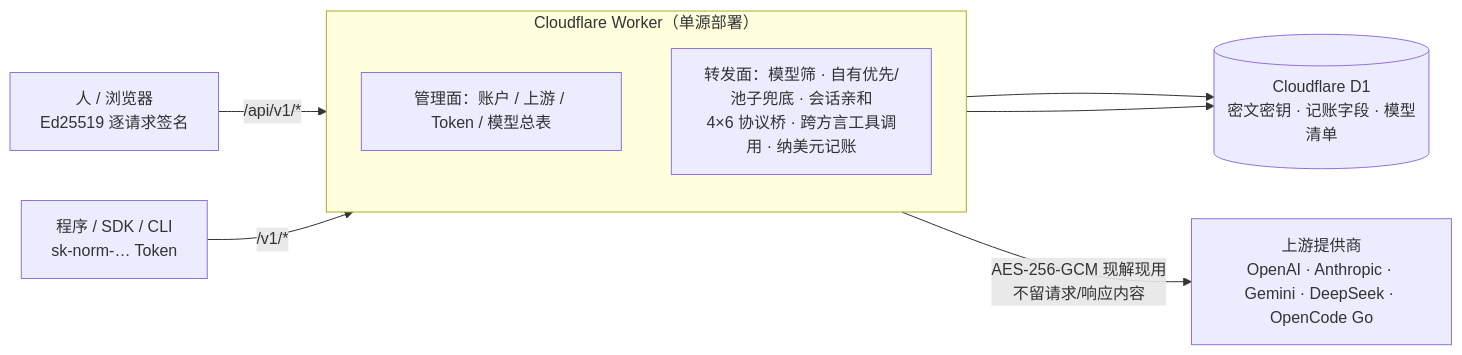
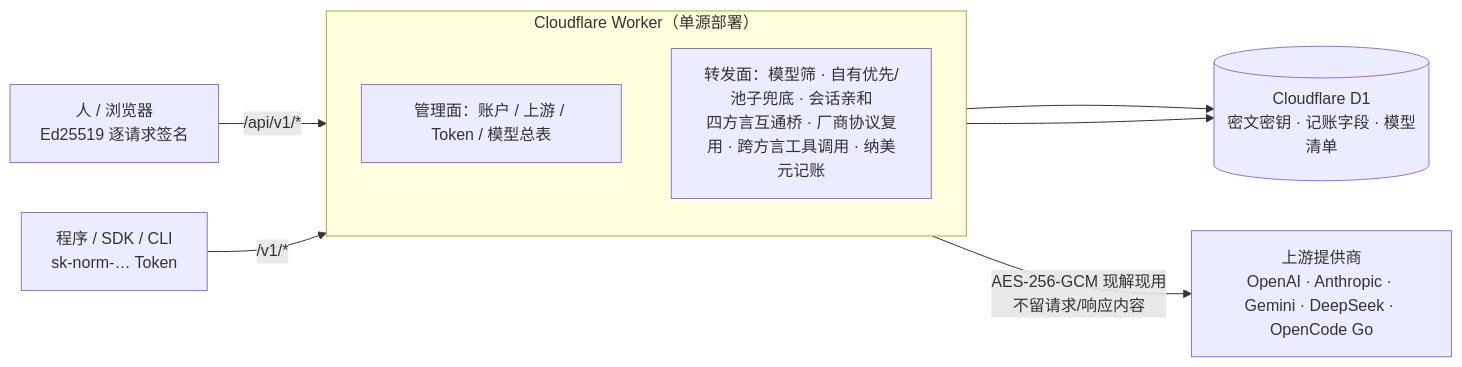
Before and after one commit to No-Trade-No-Life/norm: the diagram in README.md, drawn with Mermaid. The commit also changed other lines of this file and 15 other files, not shown here.

````diff
--- a/README.md
+++ b/README.md
@@ -20,13 +20,13 @@
 ```mermaid
 flowchart LR
   User["人 / 浏览器<br/>Ed25519 逐请求签名"] -->|"/api/v1/*"| Admin
   SDK["程序 / SDK / CLI<br/>sk-norm-… Token"] -->|"/v1/*"| Relay
   subgraph Worker["Cloudflare Worker（单源部署）"]
     direction TB
     Admin["管理面：账户 / 上游 / Token / 模型总表"]
-    Relay["转发面：模型筛 · 自有优先/池子兜底 · 会话亲和<br/>4×6 协议桥 · 跨方言工具调用 · 纳美元记账"]
+    Relay["转发面：模型筛 · 自有优先/池子兜底 · 会话亲和<br/>四方言互通桥 · 厂商协议复用 · 跨方言工具调用 · 纳美元记账"]
   end
   Admin --> D1[("Cloudflare D1<br/>密文密钥 · 记账字段 · 模型清单")]
   Relay --> D1
   Relay -->|"AES-256-GCM 现解现用<br/>不留请求/响应内容"| Upstream["上游提供商<br/>OpenAI · Anthropic · Gemini · DeepSeek · OpenCode Go"]
 ```
````
